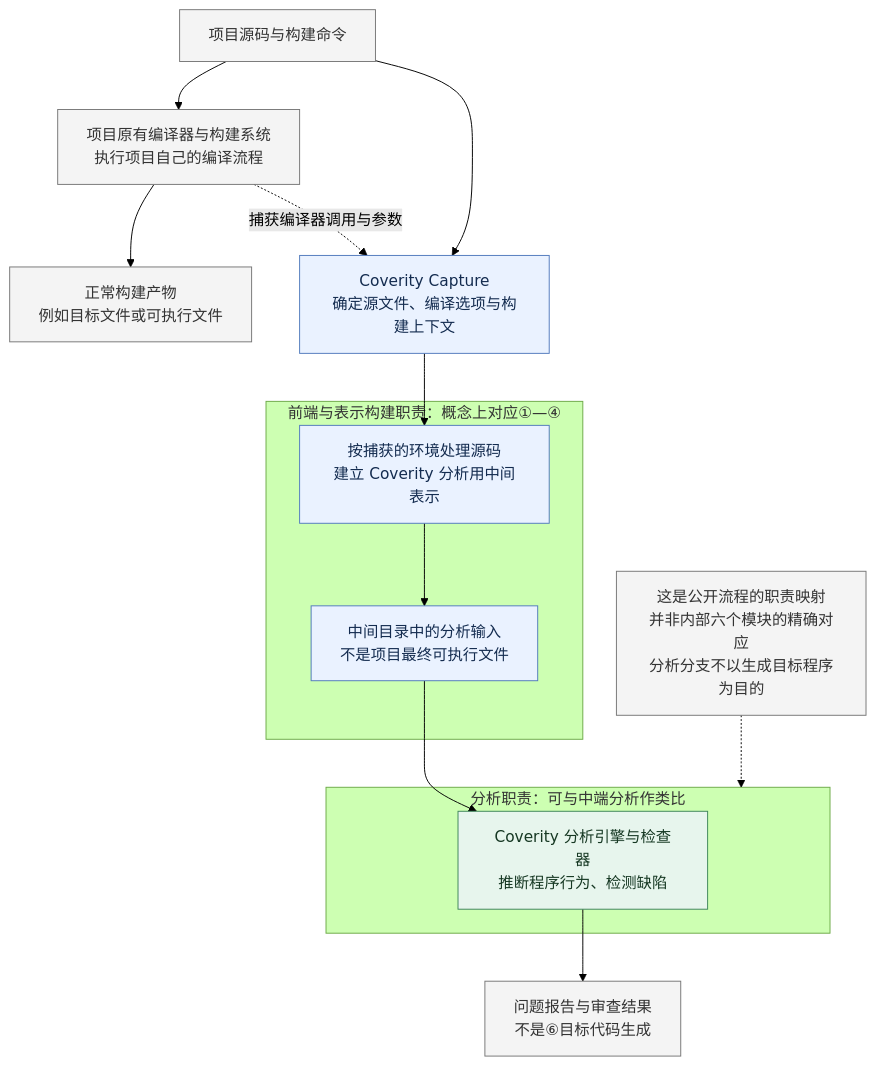
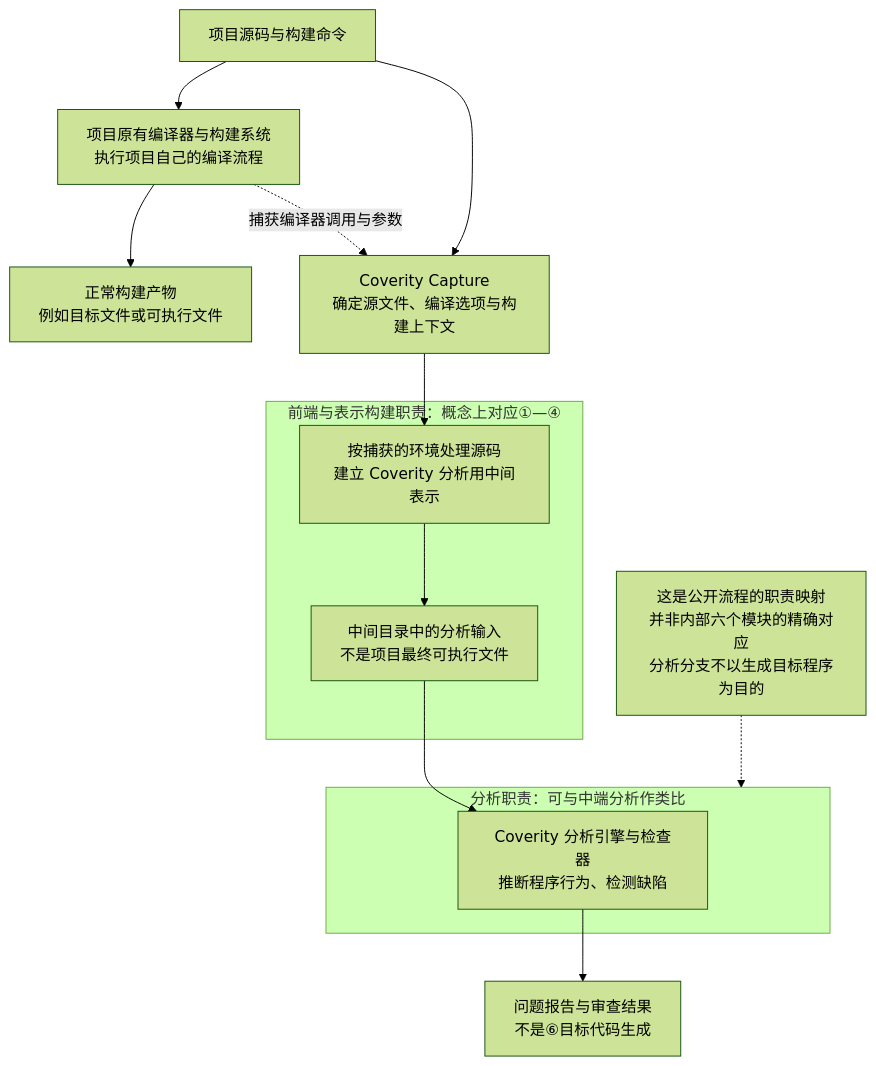
The diagram in src/static-analysis/assets/02-03-coverity.mmd (Scrates1/Scrates1.github.io), drawn with Mermaid (forest theme) before and after one commit. The commit also changed 70 other files, not shown here.

First line of the commit message:
静态分析系列的图改为暖调蓝图风格，并提供日夜两版。

```diff
--- a/src/static-analysis/assets/02-03-coverity.mmd
+++ b/src/static-analysis/assets/02-03-coverity.mmd
@@ -1,23 +1,20 @@
 flowchart TB
     INPUT["项目源码与构建命令"] --> BUILD["项目原有编译器与构建系统<br/>执行项目自己的编译流程"]
     BUILD --> PRODUCT["正常构建产物<br/>例如目标文件或可执行文件"]
     BUILD -. "捕获编译器调用与参数" .-> CAP["Coverity Capture<br/>确定源文件、编译选项与构建上下文"]
     INPUT --> CAP
     subgraph CF["前端与表示构建职责：概念上对应①—④"]
         TRANSLATE["按捕获的环境处理源码<br/>建立 Coverity 分析用中间表示"]
         STORE["中间目录中的分析输入<br/>不是项目最终可执行文件"]
         TRANSLATE --> STORE
     end
     subgraph CA["分析职责：可与中端分析作类比"]
         ANALYZE["Coverity 分析引擎与检查器<br/>推断程序行为、检测缺陷"]
     end
     CAP --> TRANSLATE
     STORE --> ANALYZE --> REPORT["问题报告与审查结果<br/>不是⑥目标代码生成"]
     NOTE["这是公开流程的职责映射<br/>并非内部六个模块的精确对应<br/>分析分支不以生成目标程序为目的"]
     NOTE -.-> CA
-    classDef front fill:#eaf2ff,stroke:#527bbd,color:#142c50;
-    classDef mid fill:#e7f5ed,stroke:#40855b,color:#163823;
-    classDef note fill:#f4f4f4,stroke:#777,color:#333;
     class CAP,TRANSLATE,STORE front;
     class ANALYZE mid;
     class INPUT,BUILD,PRODUCT,REPORT,NOTE note;
```
